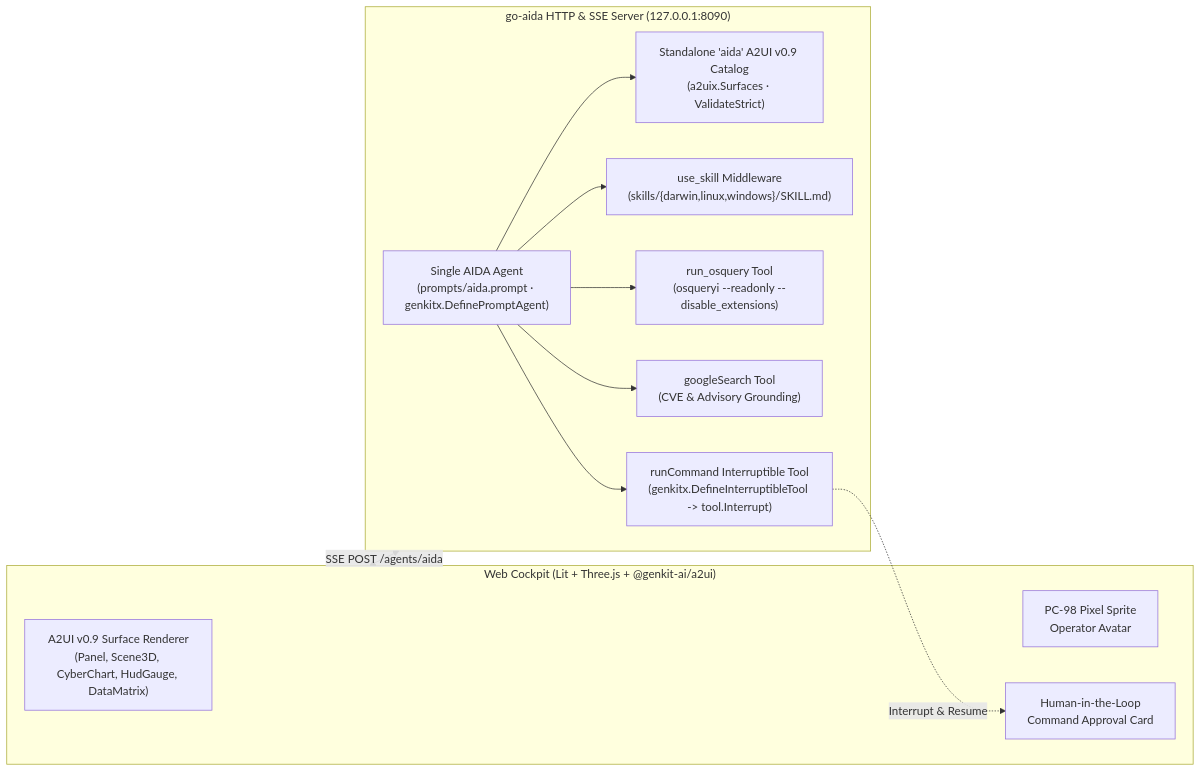
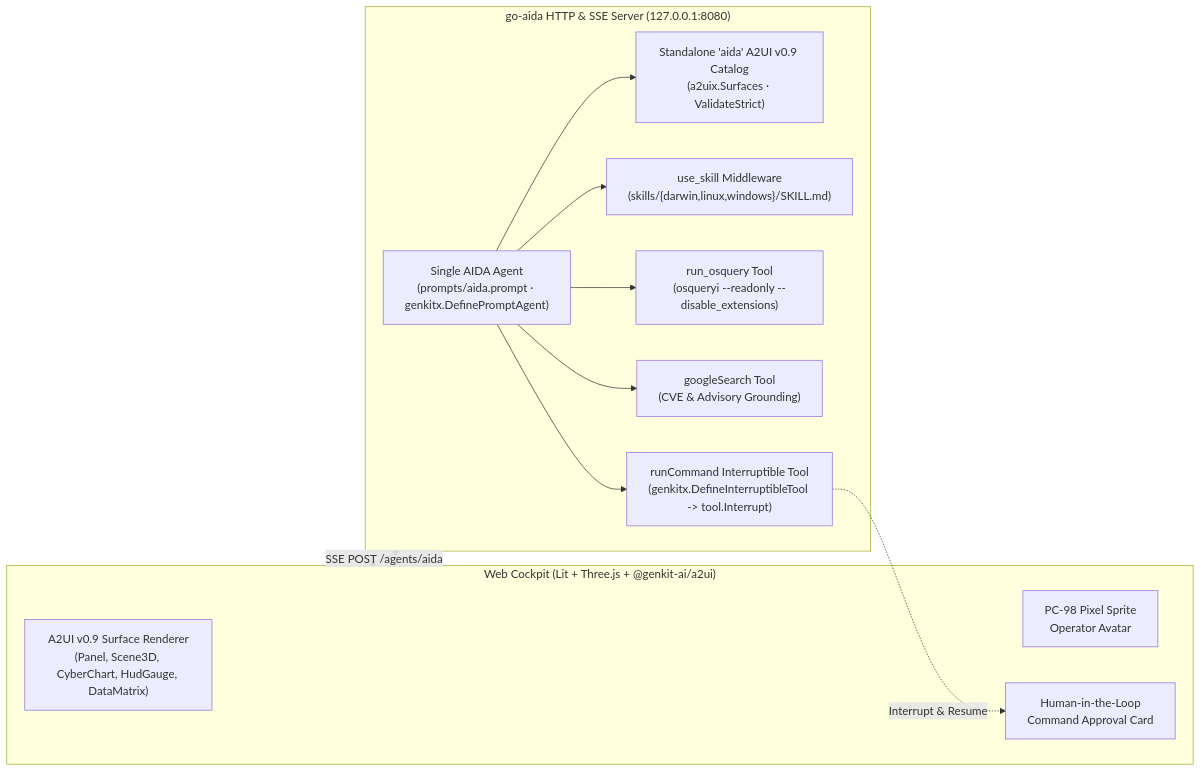
The diagram in README.md (danicat/go-aida), drawn with Mermaid before and after one commit. The commit also changed other lines of this file and 14 other files, not shown here.

````diff
--- a/README.md
+++ b/README.md
@@ -14,25 +14,25 @@
 ```mermaid
 flowchart LR
     subgraph Cockpit["Web Cockpit (Lit + Three.js + @genkit-ai/a2ui)"]
         UI["A2UI v0.9 Surface Renderer\n(Panel, Scene3D, CyberChart, HudGauge, DataMatrix)"]
         Avatar["PC-98 Pixel Sprite\nOperator Avatar"]
         HITL["Human-in-the-Loop\nCommand Approval Card"]
     end
 
-    subgraph Server["go-aida HTTP & SSE Server (127.0.0.1:8090)"]
+    subgraph Server["go-aida HTTP & SSE Server (127.0.0.1:8080)"]
         Agent["Single AIDA Agent\n(prompts/aida.prompt · genkitx.DefinePromptAgent)"]
         Catalog["Standalone 'aida' A2UI v0.9 Catalog\n(a2uix.Surfaces · ValidateStrict)"]
         Skills["use_skill Middleware\n(skills/{darwin,linux,windows}/SKILL.md)"]
         Osquery["run_osquery Tool\n(osqueryi --readonly --disable_extensions)"]
         Search["googleSearch Tool\n(CVE & Advisory Grounding)"]
         Cmd["runCommand Interruptible Tool\n(genkitx.DefineInterruptibleTool -> tool.Interrupt)"]
     end
 
     Cockpit <-->|"SSE POST /agents/aida"| Server
     Agent --> Catalog
     Agent --> Skills
     Agent --> Osquery
     Agent --> Search
     Agent --> Cmd
     Cmd -.->|"Interrupt & Resume"| HITL
 ```
````
